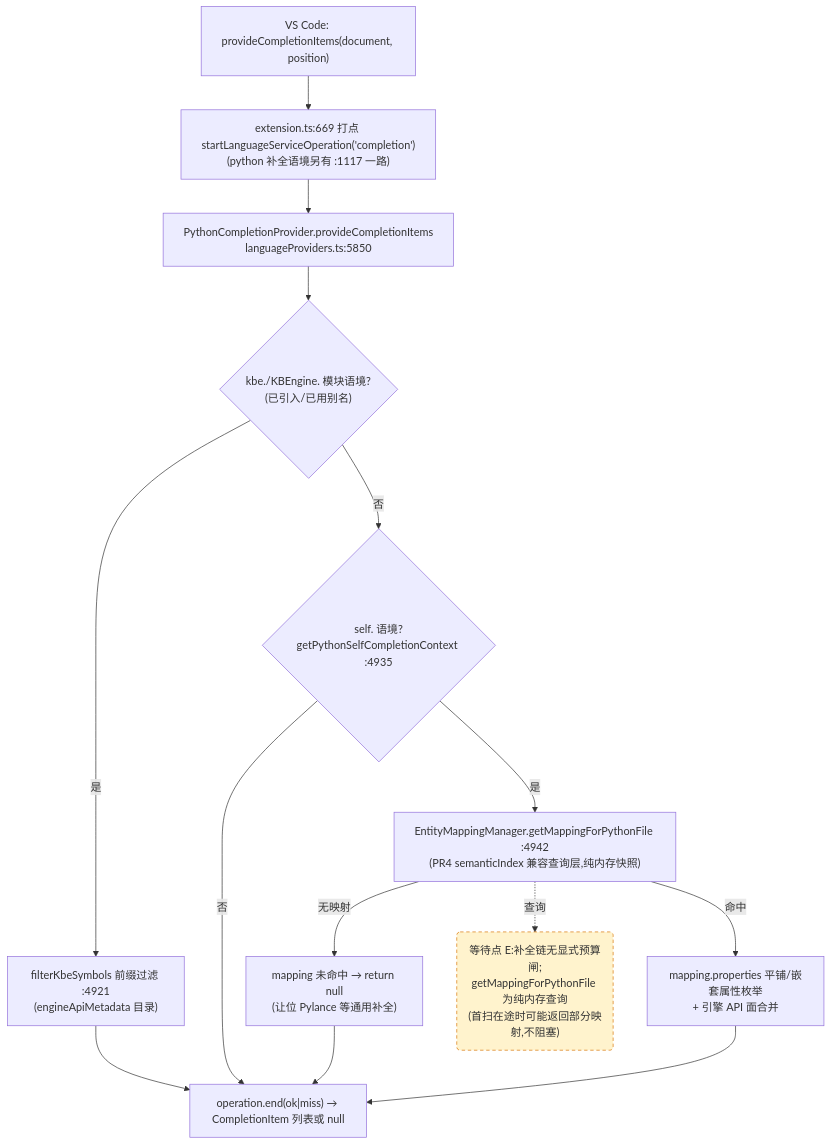
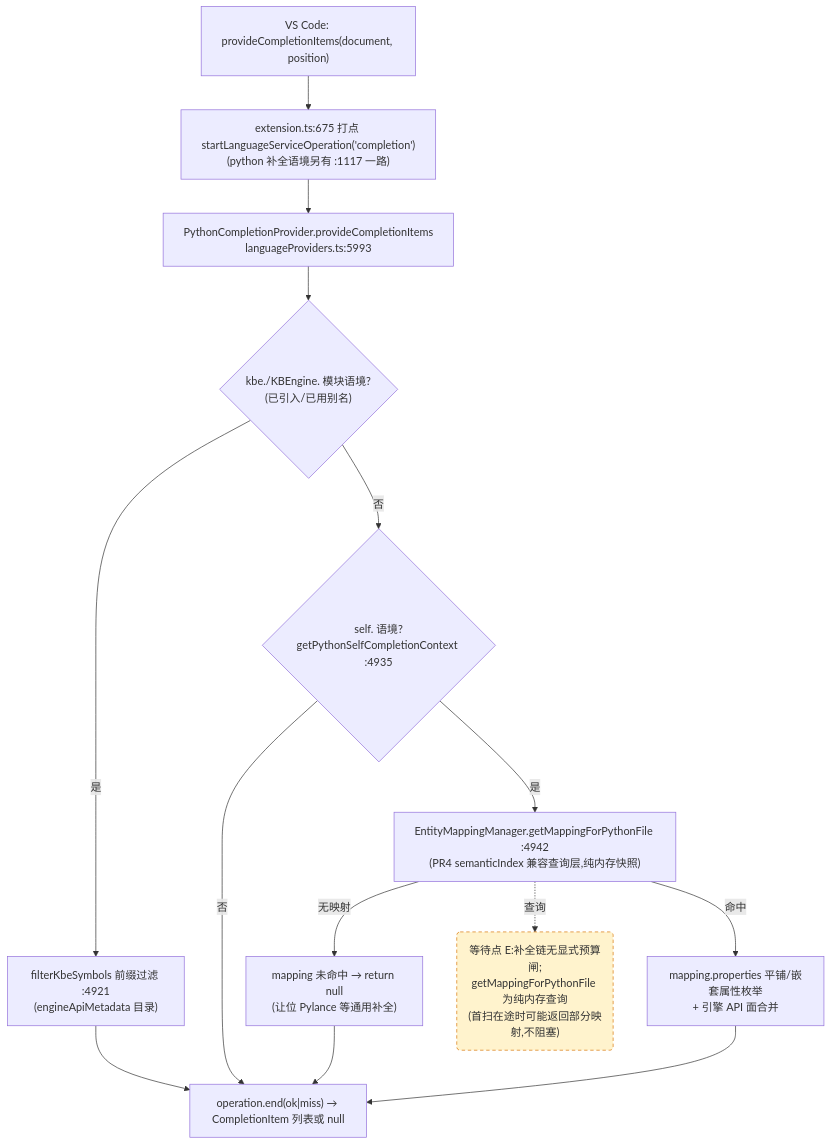
The third of 4 diagrams in docs/perf/2026-baseline.md (cuihairu/kode), drawn with Mermaid before and after one commit. The commit also changed other lines of this file and 12 other files, not shown here.

````diff
--- a/docs/perf/2026-baseline.md
+++ b/docs/perf/2026-baseline.md
@@ -184,27 +184,27 @@
 ```mermaid
 flowchart TD
   VC3["VS Code: provideCompletionItems(document, position)"]
-  M3["extension.ts:669 打点 startLanguageServiceOperation('completion')<br/>(python 补全语境另有 :1117 一路)"]
-  CP["PythonCompletionProvider.provideCompletionItems<br/>languageProviders.ts:5850"]
+  M3["extension.ts:675 打点 startLanguageServiceOperation('completion')<br/>(python 补全语境另有 :1117 一路)"]
+  CP["PythonCompletionProvider.provideCompletionItems<br/>languageProviders.ts:5993"]
   KBEC{"kbe./KBEngine. 模块语境?<br/>(已引入/已用别名)"}
   FILTER["filterKbeSymbols 前缀过滤 :4921<br/>(engineApiMetadata 目录)"]
   SELFC{"self. 语境?<br/>getPythonSelfCompletionContext :4935"}
   MAP["EntityMappingManager.getMappingForPythonFile :4942<br/>(PR4 semanticIndex 兼容查询层,纯内存快照)"]
   NOMAP["mapping 未命中 → return null<br/>(让位 Pylance 等通用补全)"]
   PROPS["mapping.properties 平铺/嵌套属性枚举<br/>+ 引擎 API 面合并"]
   END3["operation.end(ok|miss) → CompletionItem 列表或 null"]
 
   VC3 --> M3 --> CP --> KBEC
   KBEC -- "是" --> FILTER --> END3
   KBEC -- "否" --> SELFC
   SELFC -- "否" --> END3
   SELFC -- "是" --> MAP
   MAP -- "无映射" --> NOMAP --> END3
   MAP -- "命中" --> PROPS --> END3
 
   WAITE("等待点 E:补全链无显式预算闸;<br/>getMappingForPythonFile 为纯内存查询<br/>(首扫在途时可能返回部分映射,不阻塞)")
   MAP -.->|查询| WAITE
 
   classDef waitPoint fill:#fff3cd,stroke:#d97706,stroke-dasharray:5 4;
   class WAITE waitPoint;
 ```
````
